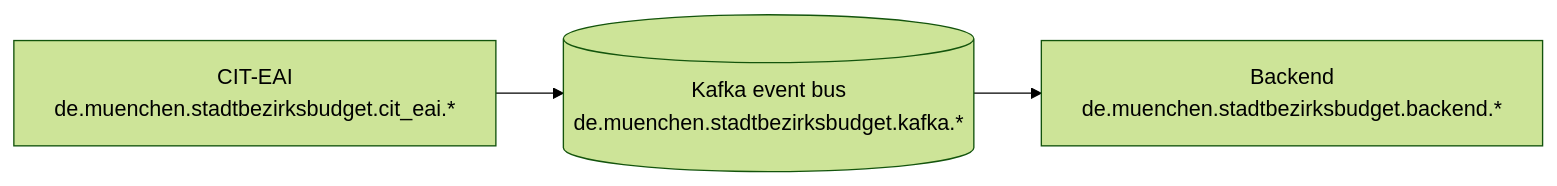
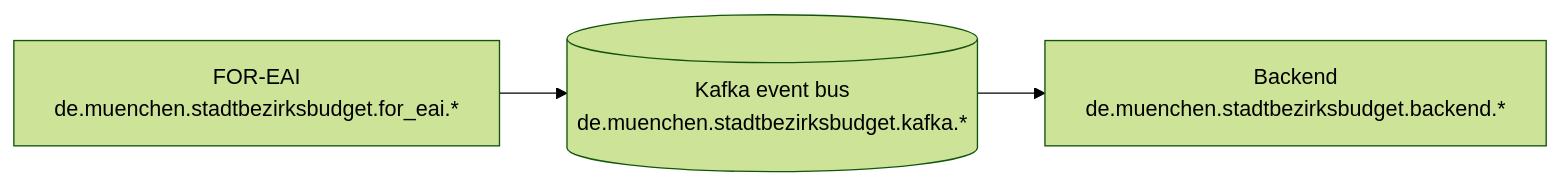
One commit to it-at-m/stadtbezirksbudget changed the second of 2 diagrams in docs/src/features/reliable-communication.md. Above: the diagram before and after it, drawn with Mermaid (forest theme). The commit also changed other lines of this file and 4 other files, not shown here.

Commit message:
:memo: Change CIT-EAI to FOR-EAI

````diff
--- a/docs/src/features/reliable-communication.md
+++ b/docs/src/features/reliable-communication.md
@@ -45,8 +45,8 @@
 ```mermaid
 flowchart LR
-    citEai[CIT-EAI<br>de.muenchen.stadtbezirksbudget.cit_eai.*]
+    forEai[FOR-EAI<br>de.muenchen.stadtbezirksbudget.for_eai.*]
     kafka[(Kafka event bus<br>de.muenchen.stadtbezirksbudget.kafka.*)]
     sbb[Backend<br>de.muenchen.stadtbezirksbudget.backend.*]
-    citEai --> kafka
+    forEai --> kafka
     kafka --> sbb
 ```
````
